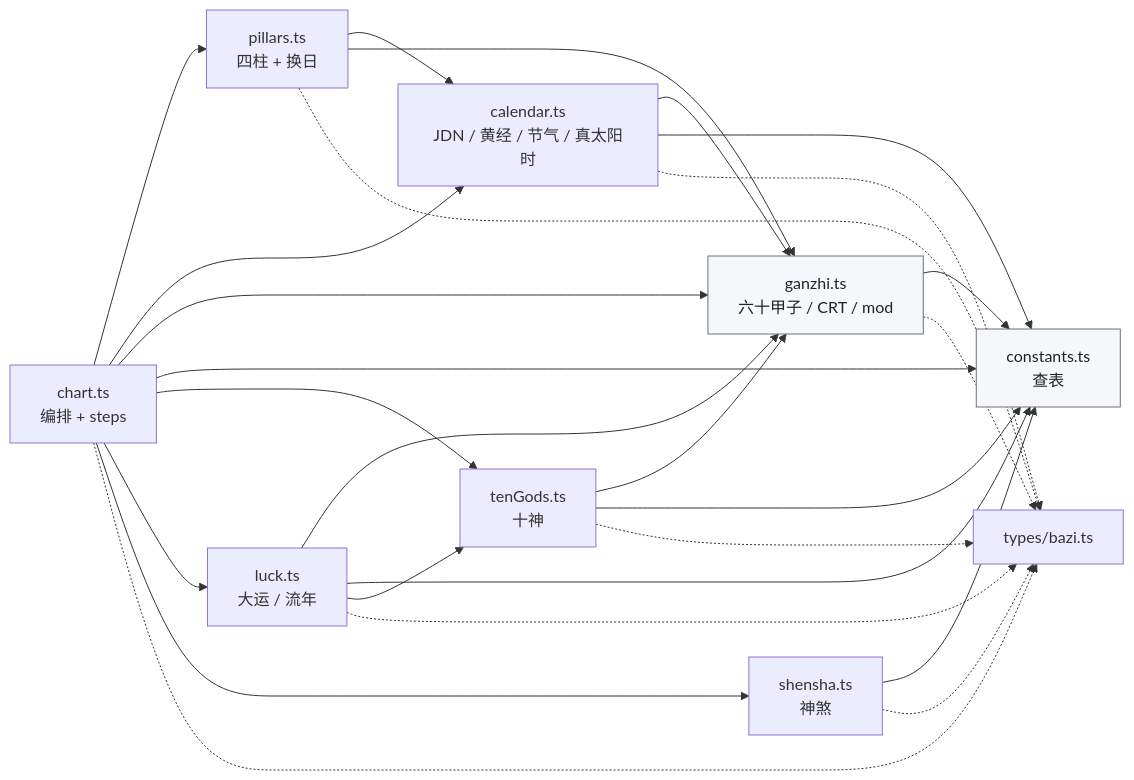
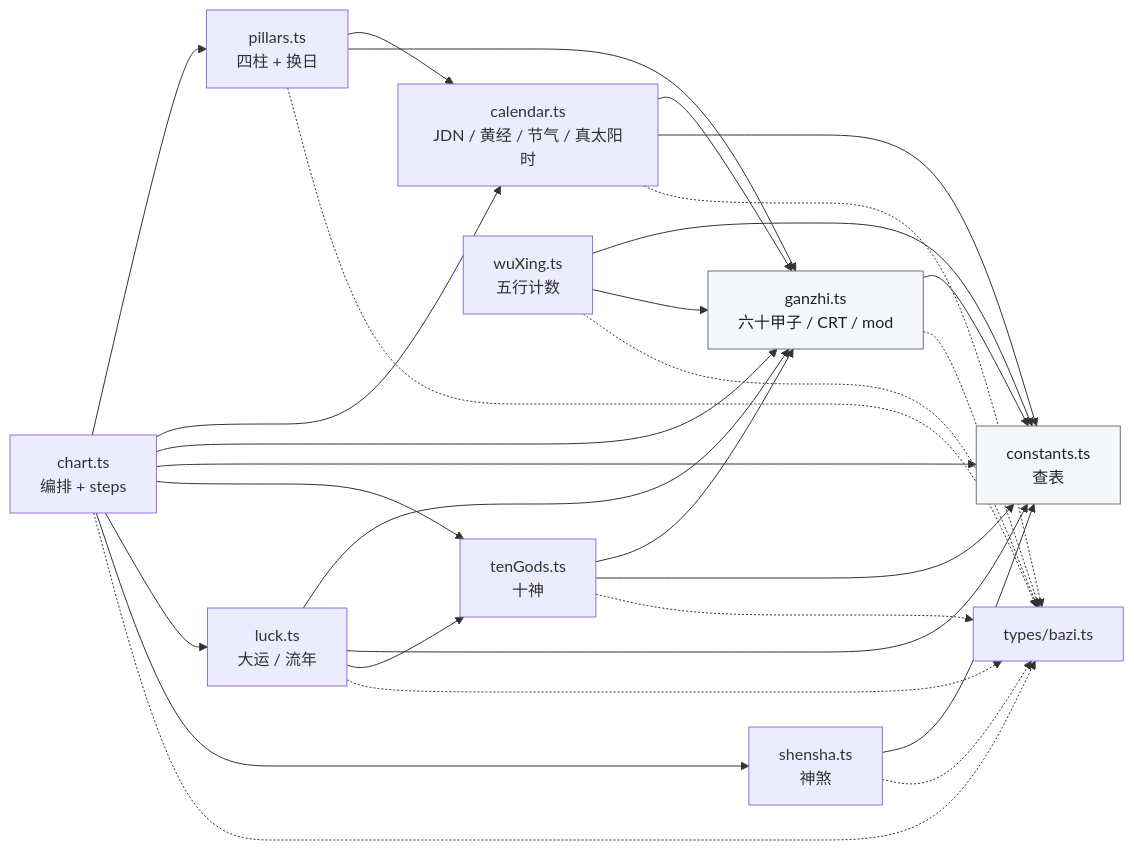
One commit to yunzheyue-star/BaZi changed the second of 9 diagrams in doc/bazi-call-graph.md. Above: the diagram before and after it, drawn with Mermaid. The commit also changed other lines of this file and 16 other files, not shown here.

````diff
--- a/doc/bazi-call-graph.md
+++ b/doc/bazi-call-graph.md
@@ -124,42 +124,46 @@
 ```mermaid
 flowchart LR
     chart["chart.ts<br/>编排 + steps"]
     pillars["pillars.ts<br/>四柱 + 换日"]
     calendar["calendar.ts<br/>JDN / 黄经 / 节气 / 真太阳时"]
     ganzhi["ganzhi.ts<br/>六十甲子 / CRT / mod"]
     constants["constants.ts<br/>查表"]
     tenGods["tenGods.ts<br/>十神"]
     luck["luck.ts<br/>大运 / 流年"]
     shensha["shensha.ts<br/>神煞"]
+    wuXing["wuXing.ts<br/>五行计数"]
     types["types/bazi.ts"]
 
     chart --> pillars
     chart --> calendar
     chart --> ganzhi
     chart --> constants
     chart --> tenGods
     chart --> luck
     chart --> shensha
+    wuXing --> constants
+    wuXing --> ganzhi
     pillars --> calendar
     pillars --> ganzhi
     tenGods --> ganzhi
     tenGods --> constants
     luck --> ganzhi
     luck --> constants
     luck --> tenGods
     shensha --> constants
     ganzhi --> constants
     calendar --> ganzhi
     calendar --> constants
 
     chart -.-> types
     ganzhi -.-> types
     calendar -.-> types
     pillars -.-> types
     tenGods -.-> types
     luck -.-> types
     shensha -.-> types
+    wuXing -.-> types
 
     classDef leaf fill:#f5f7fa,stroke:#6b7280,color:#1f2329
     class constants,ganzhi leaf
 ```
````
